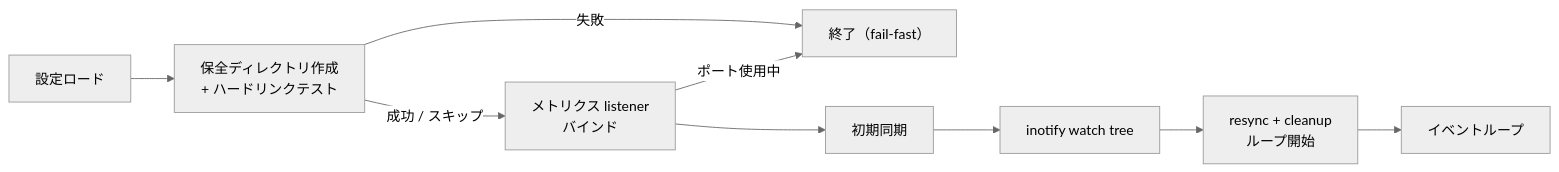
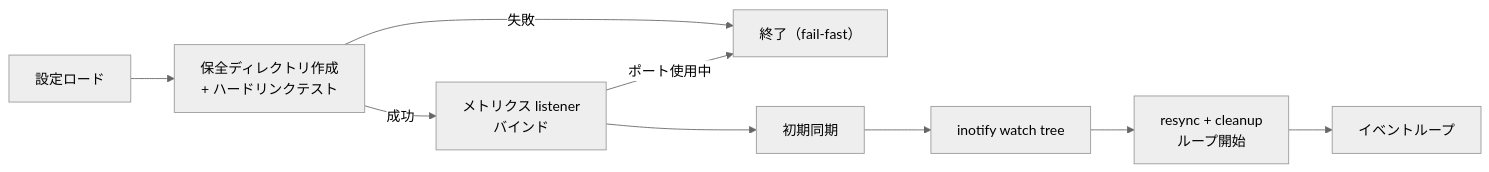
The second of 2 diagrams in docs/ja/specification/05-implementation.md (AkashiSN/pod-log-preserver), drawn with Mermaid (neutral theme) before and after one commit. The commit also changed other lines of this file and 9 other files, not shown here.

````diff
--- a/docs/ja/specification/05-implementation.md
+++ b/docs/ja/specification/05-implementation.md
@@ -50,11 +50,11 @@
 ```mermaid
 flowchart LR
     a["設定ロード"] --> b["保全ディレクトリ作成<br/>+ ハードリンクテスト"]
     b -->|失敗| x["終了（fail-fast）"]
-    b -->|"成功 / スキップ"| m["メトリクス listener<br/>バインド"]
+    b -->|成功| m["メトリクス listener<br/>バインド"]
     m -->|"ポート使用中"| x
     m --> c["初期同期"]
     c --> d["inotify watch tree"]
     d --> e["resync + cleanup<br/>ループ開始"]
     e --> f["イベントループ"]
 ```
````
